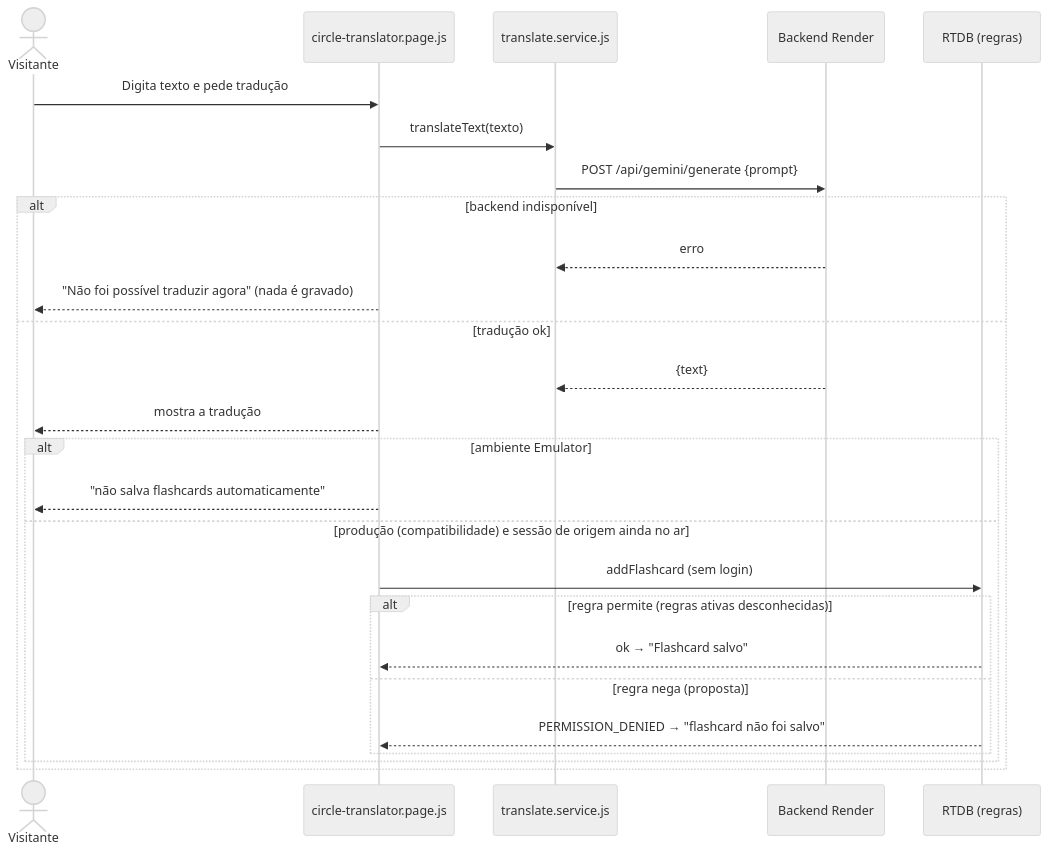
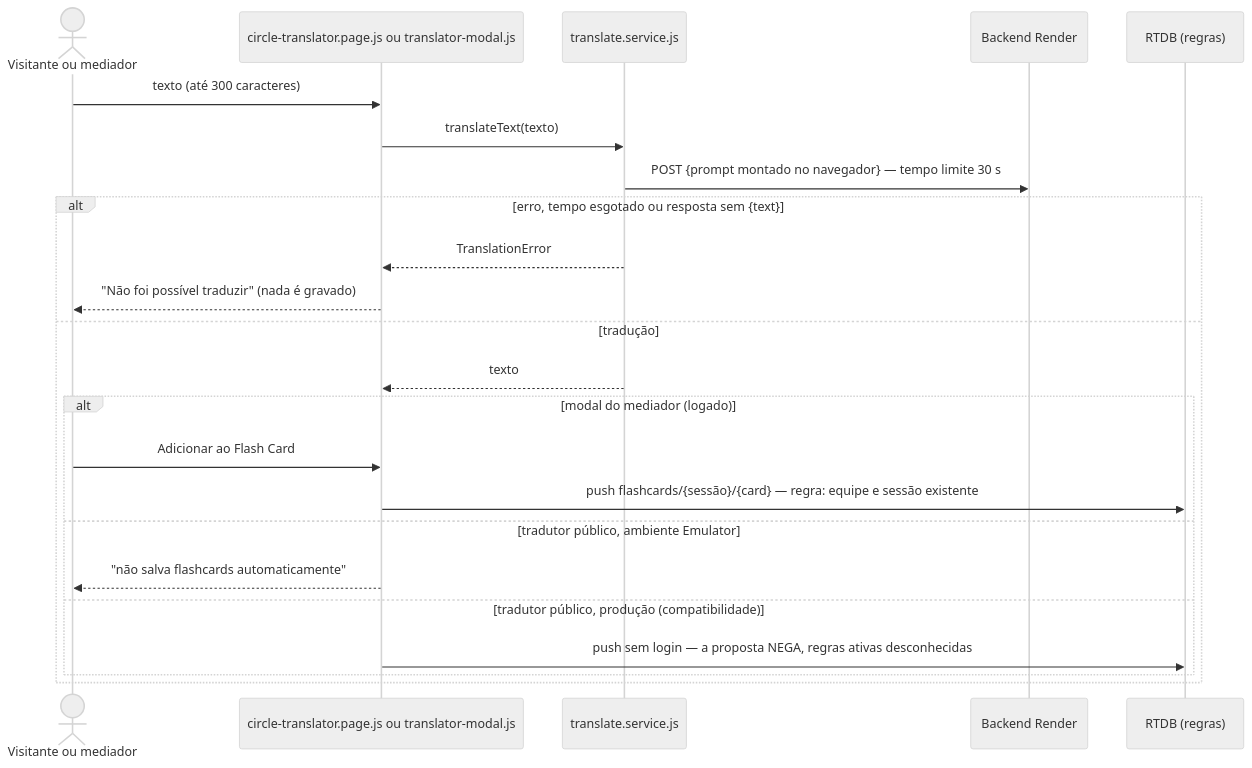
Before and after one commit to Lucas-Sperotto/fluencircle-website: the seventh of 19 diagrams in docs/diagramas/DIAGRAMAS.md, drawn with Mermaid (neutral theme). The commit also changed other lines of this file, not shown here.

First line of the commit message:
docs(diagrams): 14 required views plus complements, checked against code

````diff
--- a/docs/diagramas/DIAGRAMAS.md
+++ b/docs/diagramas/DIAGRAMAS.md
@@ -123,28 +217,25 @@
 ```mermaid
 sequenceDiagram
-    actor V as Visitante
-    participant C as circle-translator.page.js
-    participant T as translate.service.js
-    participant API as Backend Render
+    actor V as Visitante ou mediador
+    participant T as circle-translator.page.js ou translator-modal.js
+    participant TS as translate.service.js
+    participant BE as Backend Render
     participant DB as RTDB (regras)
-    V->>C: Digita texto e pede tradução
-    C->>T: translateText(texto)
-    T->>API: POST /api/gemini/generate {prompt}
-    alt backend indisponível
-        API-->>T: erro
-        C-->>V: "Não foi possível traduzir agora" (nada é gravado)
-    else tradução ok
-        API-->>T: {text}
-        C-->>V: mostra a tradução
-        alt ambiente Emulator
-            C-->>V: "não salva flashcards automaticamente"
-        else produção (compatibilidade) e sessão de origem ainda no ar
-            C->>DB: addFlashcard (sem login)
-            alt regra permite (regras ativas desconhecidas)
-                DB-->>C: ok → "Flashcard salvo"
-            else regra nega (proposta)
-                DB-->>C: PERMISSION_DENIED → "flashcard não foi salvo"
-            end
+    V->>T: texto (até 300 caracteres)
+    T->>TS: translateText(texto)
+    TS->>BE: POST {prompt montado no navegador} — tempo limite 30 s
+    alt erro, tempo esgotado ou resposta sem {text}
+        TS-->>T: TranslationError
+        T-->>V: "Não foi possível traduzir" (nada é gravado)
+    else tradução
+        TS-->>T: texto
+        alt modal do mediador (logado)
+            V->>T: Adicionar ao Flash Card
+            T->>DB: push flashcards/{sessão}/{card} — regra: equipe e sessão existente
+        else tradutor público, ambiente Emulator
+            T-->>V: "não salva flashcards automaticamente"
+        else tradutor público, produção (compatibilidade)
+            T->>DB: push sem login — a proposta NEGA, regras ativas desconhecidas
         end
     end
 ```
````
